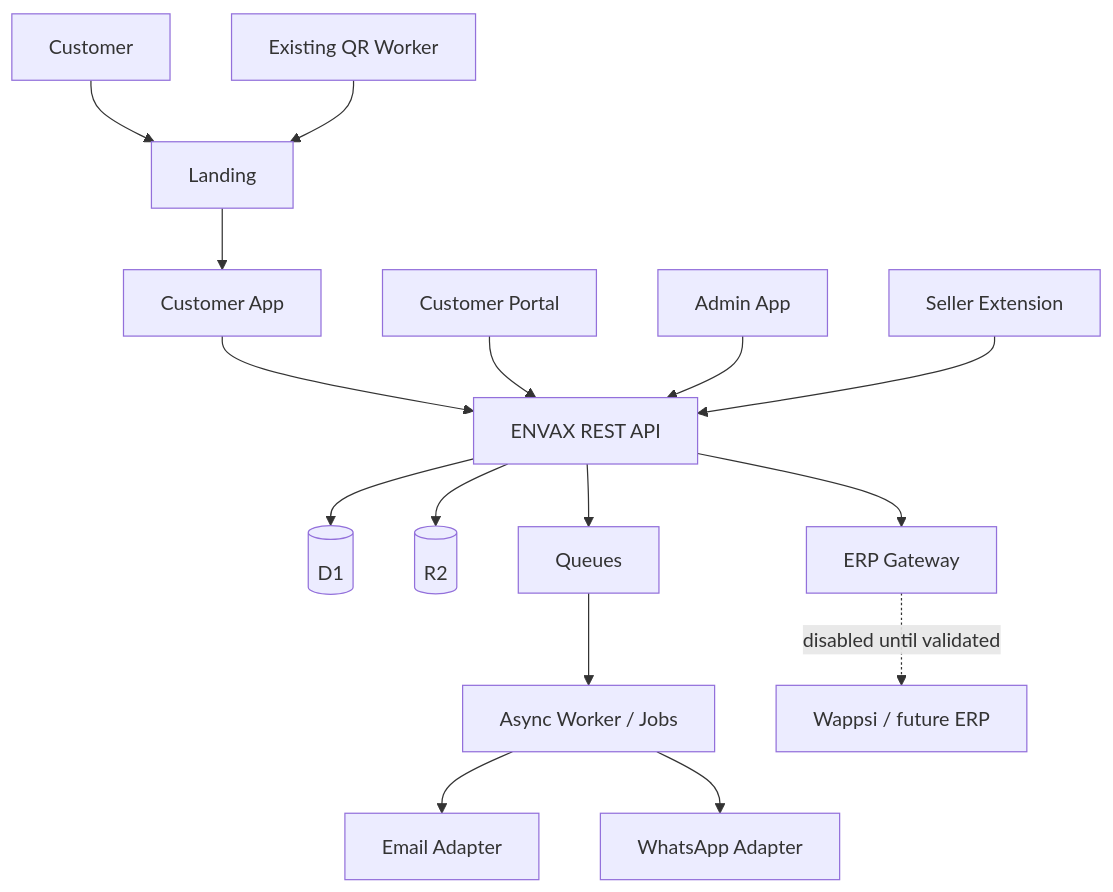
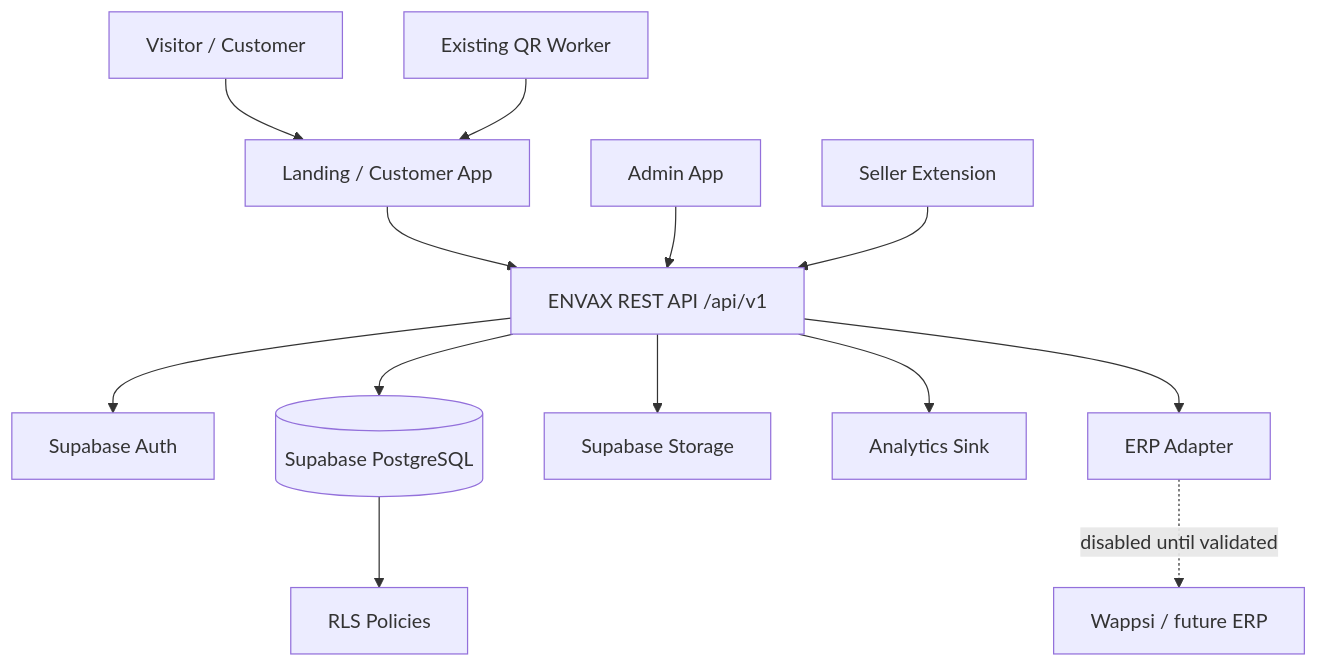
The first of 2 diagrams in docs/construction-v1/ARCHITECTURE.md (Abraha33/envax-contacto), drawn with Mermaid before and after one commit. The commit also changed other lines of this file, not shown here.

Commit message:
docs: replace legacy Cloudflare backend architecture with Supabase

````diff
--- a/docs/construction-v1/ARCHITECTURE.md
+++ b/docs/construction-v1/ARCHITECTURE.md
@@ -11,18 +11,15 @@
 ```mermaid
 graph TD
-  U[Customer] --> L[Landing]
-  L --> C[Customer App]
-  C --> A[ENVAX REST API]
-  P[Customer Portal] --> A
+  U[Visitor / Customer] --> L[Landing / Customer App]
+  L --> A[ENVAX REST API /api/v1]
   AD[Admin App] --> A
   E[Seller Extension] --> A
-  A --> D[(D1)]
-  A --> R[(R2)]
-  A --> Q[Queues]
-  Q --> J[Async Worker / Jobs]
-  J --> EM[Email Adapter]
-  J --> WA[WhatsApp Adapter]
-  A --> EG[ERP Gateway]
+  A --> AU[Supabase Auth]
+  A --> D[(Supabase PostgreSQL)]
+  A --> S[Supabase Storage]
+  D --> RLS[RLS Policies]
+  A --> AN[Analytics Sink]
+  A --> EG[ERP Adapter]
   EG -. disabled until validated .-> W[Wappsi / future ERP]
   QR[Existing QR Worker] --> L
 ```
````
